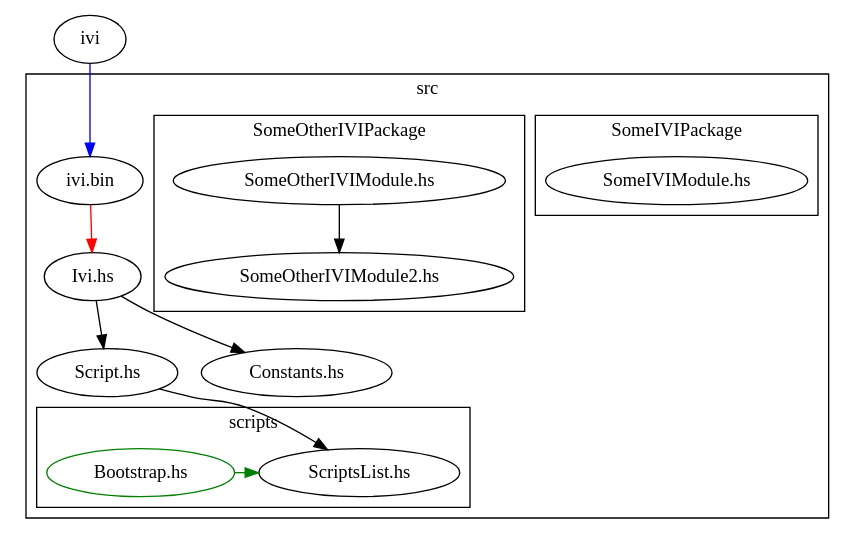
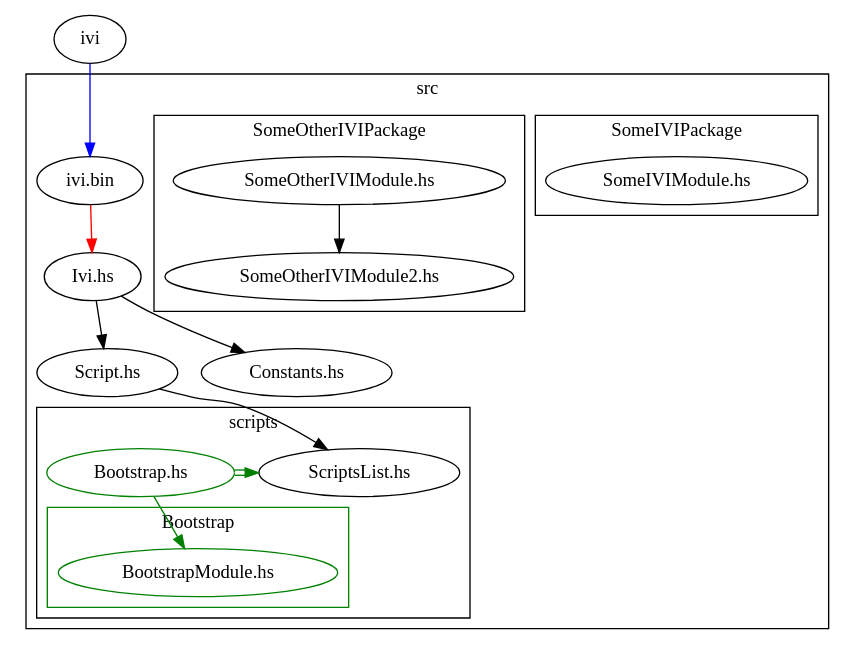
The diagram in details/dep_graph_empty.dot (NorfairKing/IVI), drawn with Graphviz before and after one commit. The commit also changed 1 other file, not shown here.

```diff
--- a/details/dep_graph_empty.dot
+++ b/details/dep_graph_empty.dot
@@ -1,46 +1,53 @@
 digraph G {
     ivilink [label="ivi"];
 
     subgraph cluster_src {
         label = "src";
         
         ivibin [label="ivi.bin"];
         
         ivihs [label="Ivi.hs"];
         scripths [label="Script.hs"];
         constantshs [label="Constants.hs"];
 
         {rank=same scripths constantshs};
 
         ivihs -> scripths;
         ivihs -> constantshs;
 
         subgraph cluster_src_scripts {
             label = "scripts";
             scriptslisths [label="ScriptsList.hs"];
 
             bootstraphs [label="Bootstrap.hs", color="green"];
-            bootstraphs -> scriptslisths [color="green"];           
+            bootstraphs -> scriptslisths [color="green:white:green"];           
 
             {rank=same scriptslisths bootstraphs};
 
+            subgraph cluster_scr_scripts_bootstrap {
+                label = "Bootstrap";
+                color = "green";
+
+                bootstrapmodulehs [label="BootstrapModule.hs",color="green"];
+            }
+            bootstraphs -> bootstrapmodulehs[color="green"];
             
         }
         
 
         scripths -> scriptslisths;
     
         subgraph cluster_src_ivipackage {
             label = "SomeIVIPackage";
             ivimodule [label="SomeIVIModule.hs"];
         }
         subgraph cluster_src_otherivipackage {
             label = "SomeOtherIVIPackage";
             otherivimodule [label="SomeOtherIVIModule.hs"];
             otherivimodule2 [label="SomeOtherIVIModule2.hs"];
             otherivimodule -> otherivimodule2;
         }
     }
     ivilink ->ivibin [color="blue"];
     ivibin -> ivihs [color="red"];
 }
```
